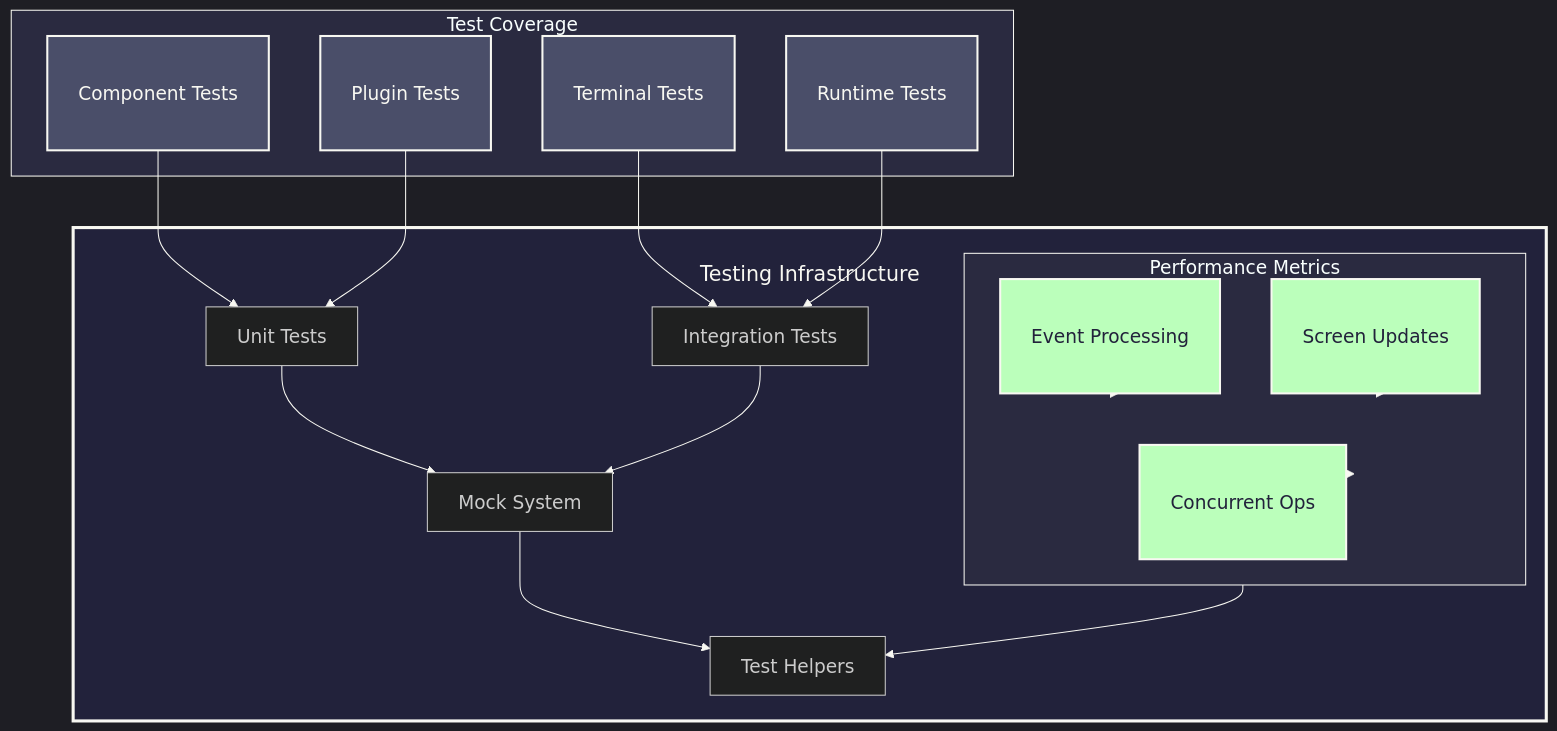
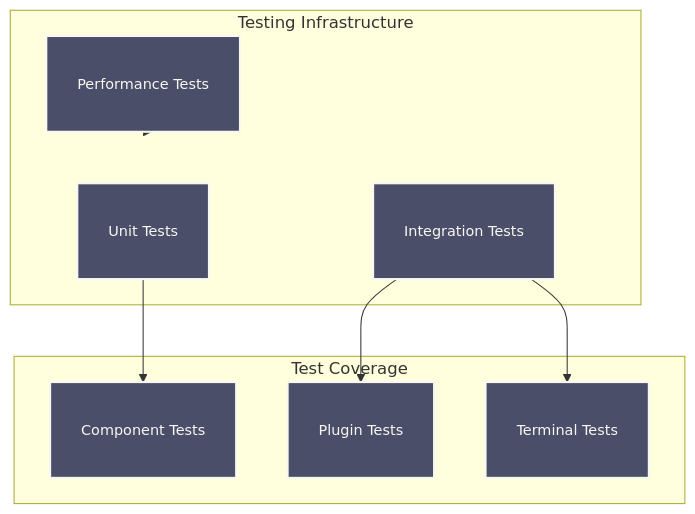
The ninth of 9 diagrams in docs/ARCHITECTURE.md (Hydepwns/raxol), drawn with Mermaid before and after one commit. The commit also changed other lines of this file and 17 other files, not shown here.

````diff
--- a/docs/ARCHITECTURE.md
+++ b/docs/ARCHITECTURE.md
@@ -265,49 +184,22 @@
 ```mermaid
-%%{init: { 'theme': 'dark', 'themeVariables': { 'fontSize': '18px', 'fontFamily': 'Inter, Arial, sans-serif', 'primaryColor': '#22223b', 'primaryTextColor': '#f8f8f2', 'primaryBorderColor': '#f8f8f2', 'lineColor': '#f8f8f2', 'edgeLabelBackground':'#22223b', 'clusterBkg':'#2a2a40', 'clusterBorder':'#f8f8f2' } } }%%
 graph TB
-    subgraph TestInfra["Testing Infrastructure"]
+    subgraph Testing["Testing Infrastructure"]
         Unit[Unit Tests]
         Integration[Integration Tests]
         Performance[Performance Tests]
-        Mocks[Mock System]
-        Helpers[Test Helpers]
     end
 
     subgraph Coverage["Test Coverage"]
         Components[Component Tests]
         Plugins[Plugin Tests]
         Terminal[Terminal Tests]
-        Runtime[Runtime Tests]
     end
 
-    subgraph Performance["Performance Metrics"]
-        Events[Event Processing]
-        Screen[Screen Updates]
-        Concurrent[Concurrent Ops]
-    end
+    Unit --> Components
+    Integration --> Plugins
+    Integration --> Terminal
+    Performance --> Testing
 
-    %% Test Infrastructure Connections
-    Unit --> Mocks
-    Integration --> Mocks
-    Performance --> Helpers
-    Mocks --> Helpers
-
-    %% Coverage Connections
-    Components --> Unit
-    Plugins --> Unit
-    Terminal --> Integration
-    Runtime --> Integration
-
-    %% Performance Connections
-    Events --> Performance
-    Screen --> Performance
-    Concurrent --> Performance
-
-    %% Style
-    classDef infra fill:#22223b,stroke:#f8f8f2,stroke-width:3px,color:#f8f8f2,font-size:20px,padding:16px;
-    classDef coverage fill:#4a4e69,stroke:#f8f8f2,stroke-width:2px,color:#f8f8f2,font-size:18px,padding:12px;
-    classDef metrics fill:#bfb,stroke:#f8f8f2,stroke-width:2px,color:#22223b,font-size:18px,padding:12px;
-    class TestInfra infra
-    class Components,Plugins,Terminal,Runtime coverage
-    class Events,Screen,Concurrent metrics
+    classDef test fill:#4a4e69,stroke:#f8f8f2,stroke-width:2px,color:#f8f8f2,font-size:14px,padding:6px;
+    class Unit,Integration,Performance,Components,Plugins,Terminal test;
 ```
````
